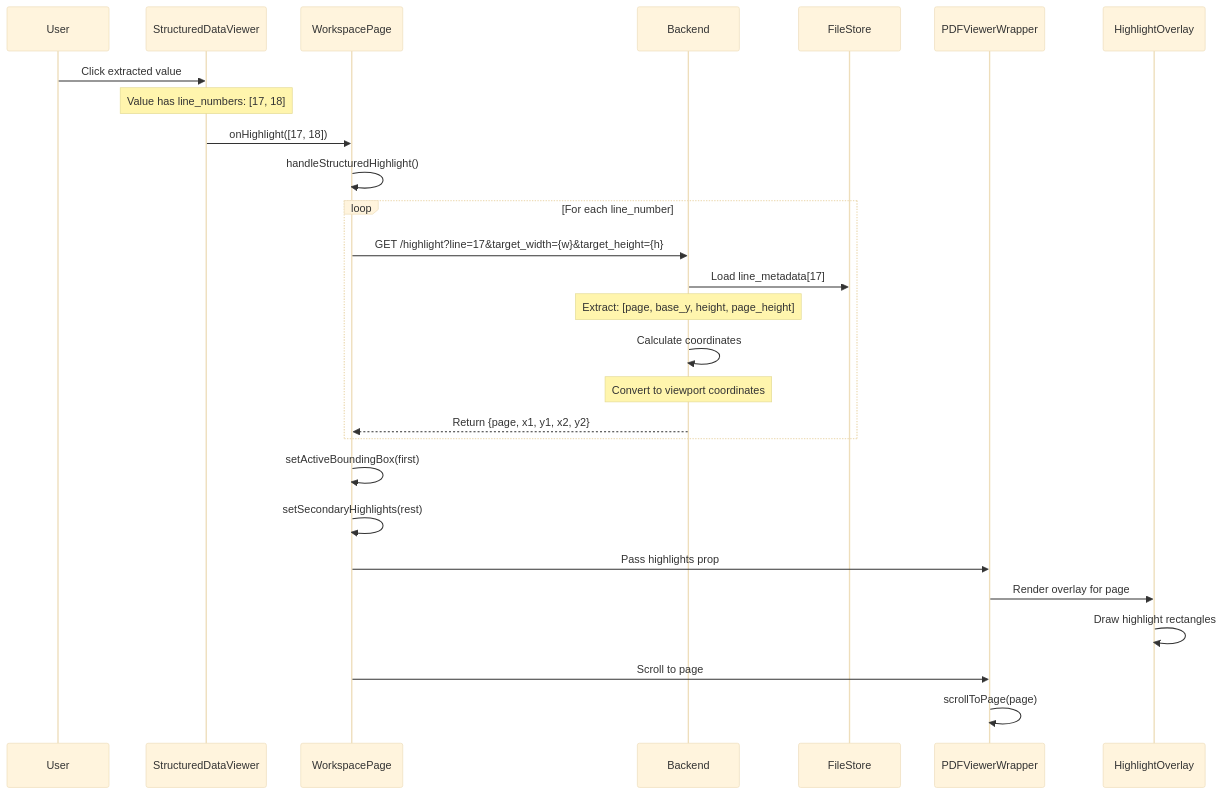
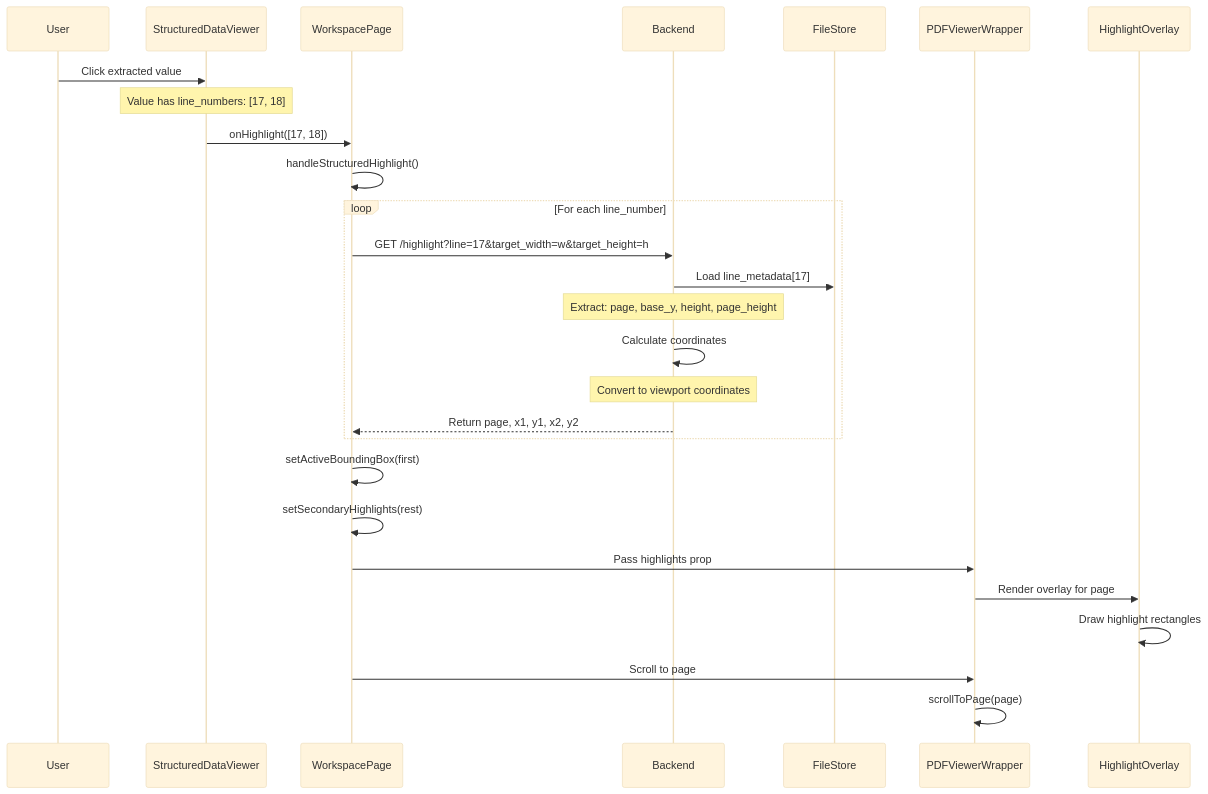
The fifth of 12 diagrams in DIAGRAMS.md (sashankbanda/Doc-Extract), drawn with Mermaid (base theme) before and after one commit. The commit also changed other lines of this file, not shown here.

````diff
--- a/DIAGRAMS.md
+++ b/DIAGRAMS.md
@@ -250,35 +250,35 @@
 ```mermaid
 sequenceDiagram
     participant User
     participant StructuredDataViewer
     participant WorkspacePage
     participant Backend
     participant FileStore
     participant PDFViewerWrapper
     participant HighlightOverlay
 
     User->>StructuredDataViewer: Click extracted value
     Note over StructuredDataViewer: Value has line_numbers: [17, 18]
     
     StructuredDataViewer->>WorkspacePage: onHighlight([17, 18])
     WorkspacePage->>WorkspacePage: handleStructuredHighlight()
     
     loop For each line_number
-        WorkspacePage->>Backend: GET /highlight?line=17&target_width={w}&target_height={h}
+        WorkspacePage->>Backend: GET /highlight?line=17&target_width=w&target_height=h
         Backend->>FileStore: Load line_metadata[17]
-        Note over Backend: Extract: [page, base_y, height, page_height]
+        Note over Backend: Extract: page, base_y, height, page_height
         Backend->>Backend: Calculate coordinates
         Note over Backend: Convert to viewport coordinates
-        Backend-->>WorkspacePage: Return {page, x1, y1, x2, y2}
+        Backend-->>WorkspacePage: Return page, x1, y1, x2, y2
     end
     
     WorkspacePage->>WorkspacePage: setActiveBoundingBox(first)
     WorkspacePage->>WorkspacePage: setSecondaryHighlights(rest)
     
     WorkspacePage->>PDFViewerWrapper: Pass highlights prop
     PDFViewerWrapper->>HighlightOverlay: Render overlay for page
     HighlightOverlay->>HighlightOverlay: Draw highlight rectangles
     
     WorkspacePage->>PDFViewerWrapper: Scroll to page
     PDFViewerWrapper->>PDFViewerWrapper: scrollToPage(page)
 ```
````
